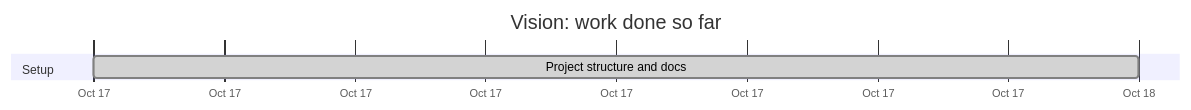
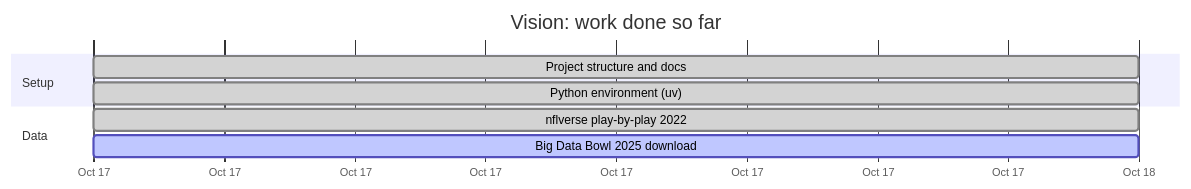
The diagram in docs/PROGRESS.md (nicolasman7/Vision), drawn with Mermaid before and after one commit. The commit also changed other lines of this file and 5 other files, not shown here.

Commit message:
Set up uv (Python 3.12) and nflverse download script

````diff
--- a/docs/PROGRESS.md
+++ b/docs/PROGRESS.md
@@ -5,9 +5,14 @@
 ```mermaid
 gantt
     title Vision: work done so far
     dateFormat YYYY-MM-DD
     axisFormat %b %d
 
     section Setup
     Project structure and docs :done, setup, 2026-10-17, 1d
+    Python environment (uv)    :done, env, 2026-10-17, 1d
+
+    section Data
+    nflverse play-by-play 2022 :done, nflv, 2026-10-17, 1d
+    Big Data Bowl 2025 download :active, bdb, 2026-10-17, 1d
 ```
````
